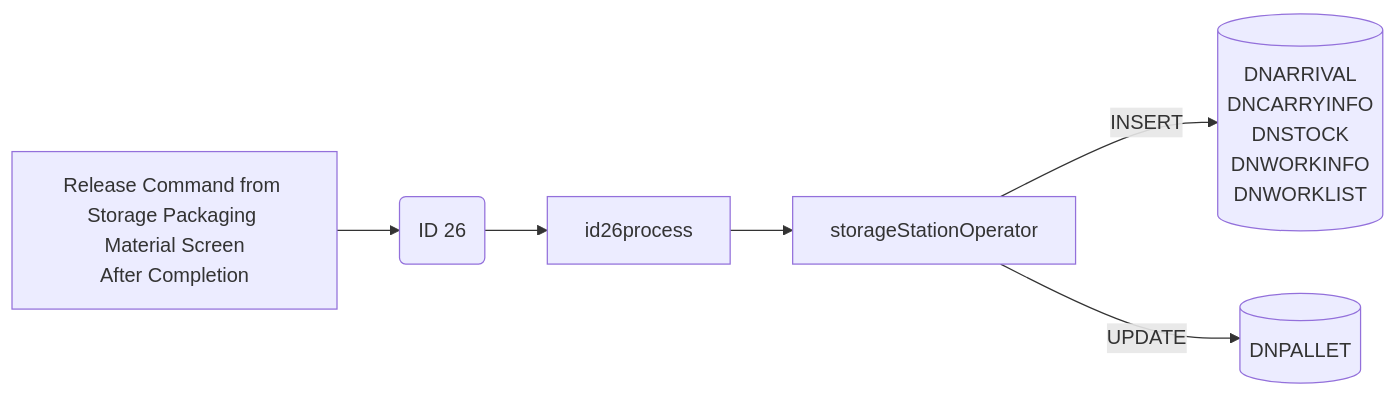
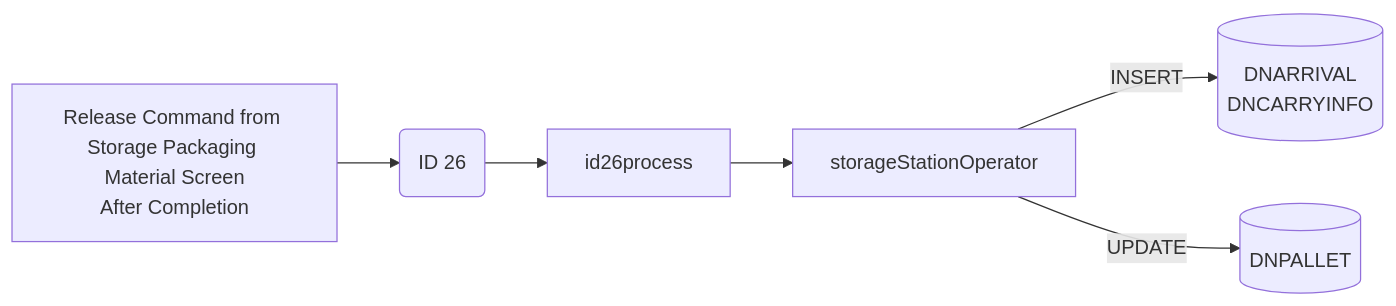
Before and after one commit to luthfiadityaa/SimeDarby-Wiki: the second of 10 diagrams in Basic-Design/DFD-WMS/Storage/Empty-Pallet-Storage-to-Ambient-Area.md, drawn with Mermaid. The commit also changed other lines of this file, not shown here.

```diff
--- a/Basic-Design/DFD-WMS/Storage/Empty-Pallet-Storage-to-Ambient-Area.md
+++ b/Basic-Design/DFD-WMS/Storage/Empty-Pallet-Storage-to-Ambient-Area.md
@@ -107,30 +107,27 @@
 ::: mermaid
 flowchart LR
 
 releaseCommand["
 Release Command from Storage Packaging Material Screen
 After Completion 
 "]
 
 id26msg("
 ID 26
 ")
 
 id26-update[("
 DNPALLET
 ")]
 
 id26-insert[("
 DNARRIVAL
 DNCARRYINFO
-DNSTOCK
-DNWORKINFO
-DNWORKLIST
 ")]
 
 storageStationOperator[storageStationOperator]
 
 releaseCommand-->id26msg-->id26process-->storageStationOperator
 storageStationOperator--> |INSERT| id26-insert
 storageStationOperator--> |UPDATE| id26-update
 :::
```
